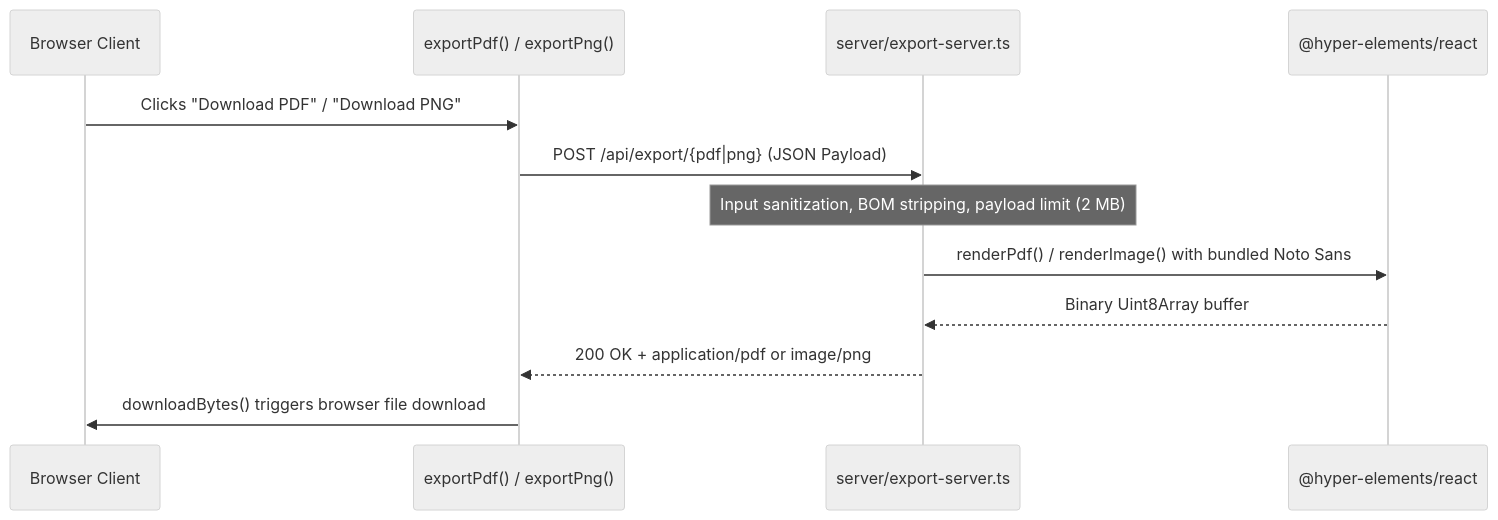
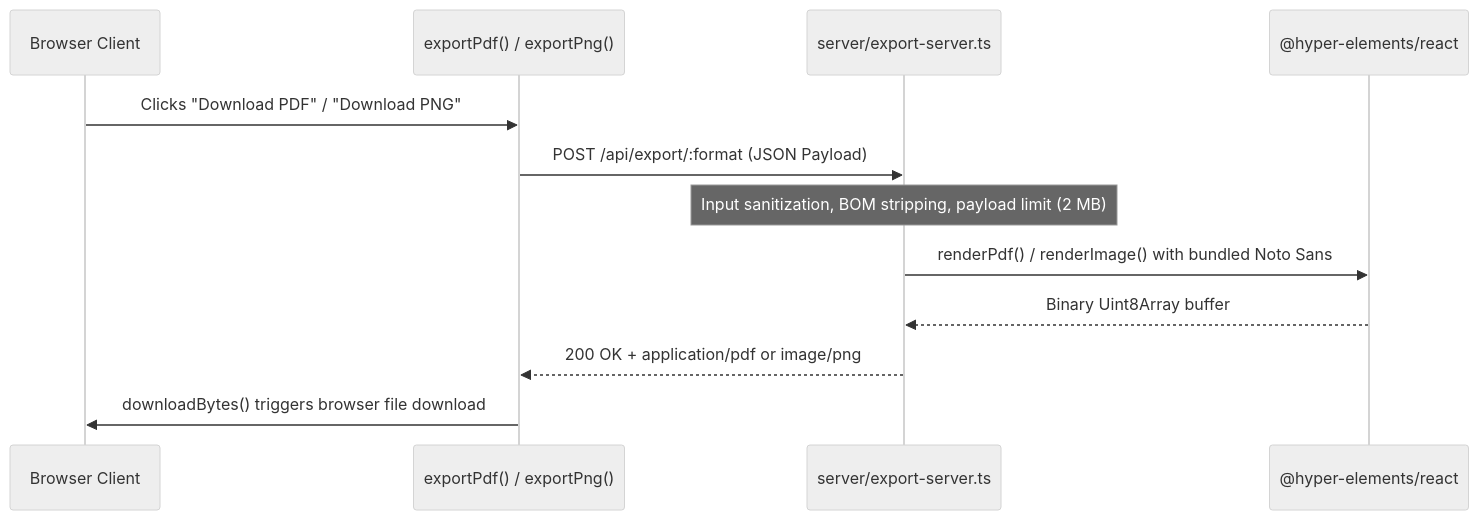
One commit to iRahmanG/finsync changed the second of 2 diagrams in docs/ARCHITECTURE.md. Above: the diagram before and after it, drawn with Mermaid (neutral theme). The commit also changed other lines of this file and 1 other file, not shown here.

Commit message:
fix(docs): resolve Mermaid syntax error on edge labels and special characters

````diff
--- a/docs/ARCHITECTURE.md
+++ b/docs/ARCHITECTURE.md
@@ -144,15 +144,15 @@
 ```mermaid
 sequenceDiagram
     participant User as Browser Client
     participant Frontend as exportPdf() / exportPng()
     participant Server as server/export-server.ts
     participant Hyper as @hyper-elements/react
 
     User->>Frontend: Clicks "Download PDF" / "Download PNG"
-    Frontend->>Server: POST /api/export/{pdf|png} (JSON Payload)
+    Frontend->>Server: POST /api/export/:format (JSON Payload)
     Note over Server: Input sanitization, BOM stripping, payload limit (2 MB)
     Server->>Hyper: renderPdf() / renderImage() with bundled Noto Sans
     Hyper-->>Server: Binary Uint8Array buffer
     Server-->>Frontend: 200 OK + application/pdf or image/png
     Frontend->>User: downloadBytes() triggers browser file download
 ```
````
